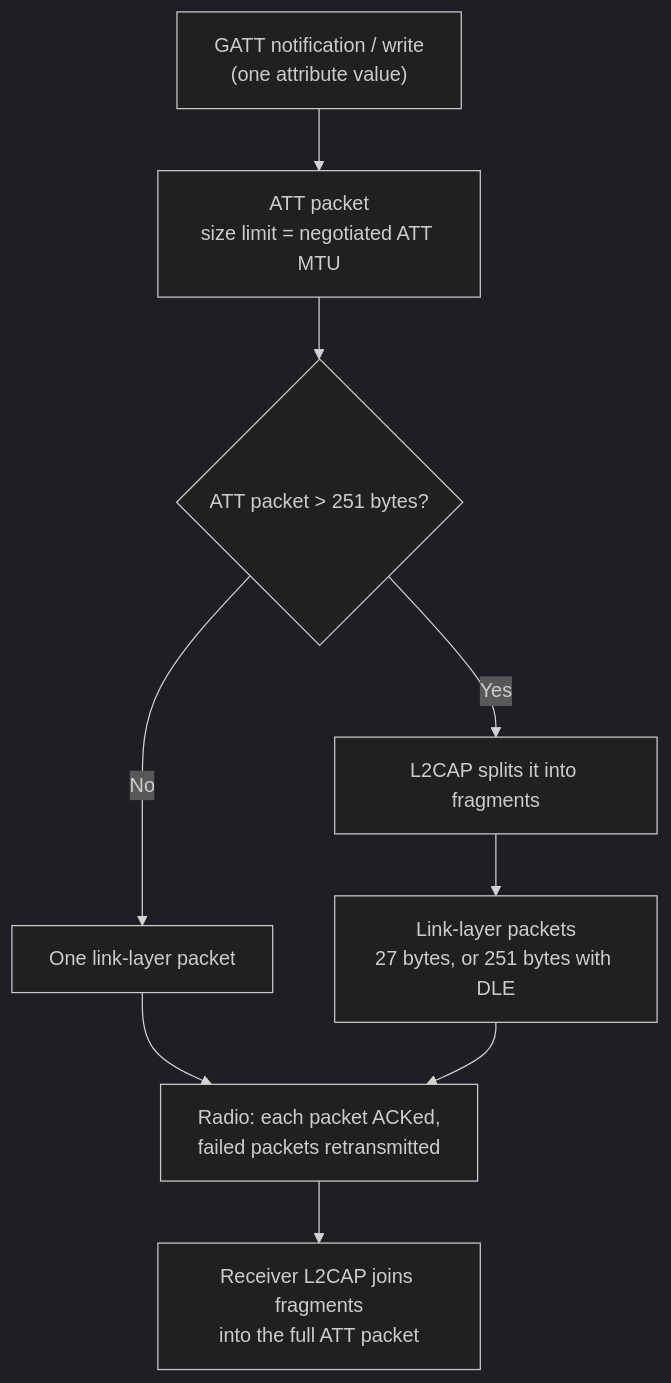
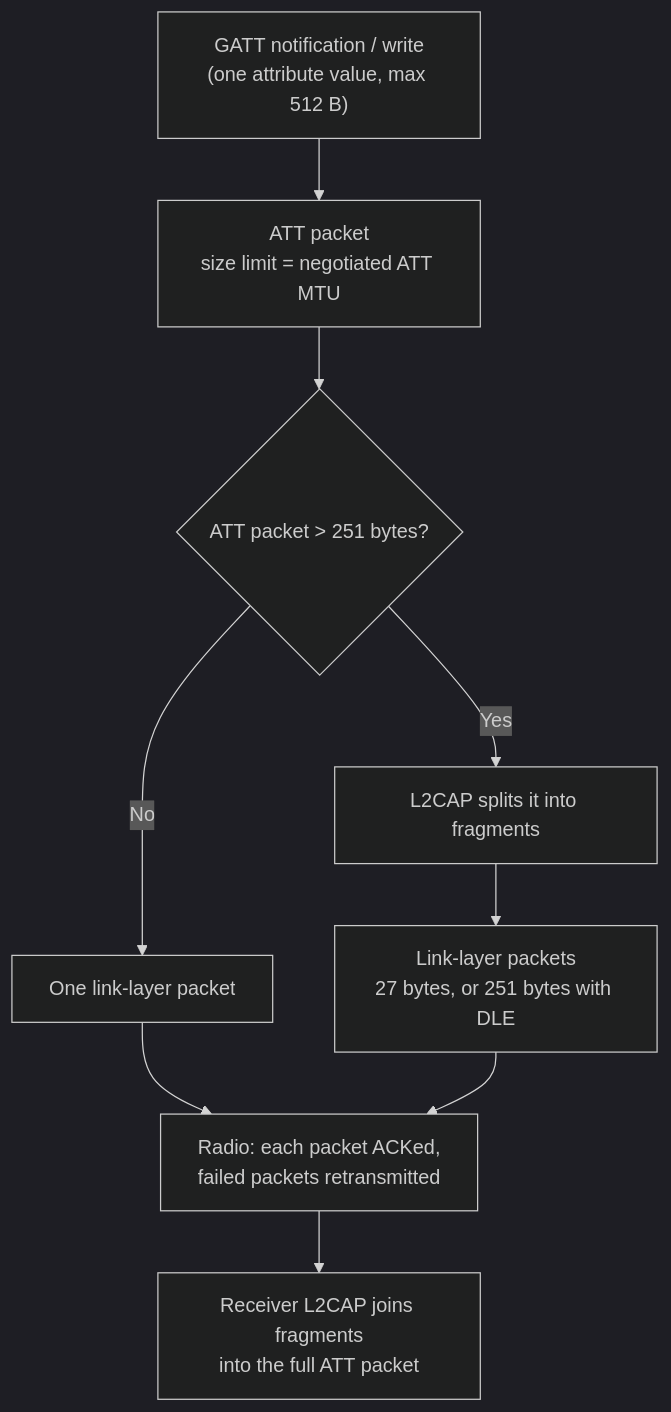
The diagram in content/learnings/ble-packet-sizes.md (sourabhmisal/sourabhmisal.github.io), drawn with Mermaid (dark theme) before and after one commit. The commit also changed other lines of this file and 1 other file, not shown here.

First line of the commit message:
Learnings: add MTU terms and device limits, set dark theme as default

````diff
--- a/content/learnings/ble-packet-sizes.md
+++ b/content/learnings/ble-packet-sizes.md
@@ -12,11 +12,11 @@
 ```mermaid
 flowchart TD
-    A["GATT notification / write<br/>(one attribute value)"] --> B["ATT packet<br/>size limit = negotiated ATT MTU"]
+    A["GATT notification / write<br/>(one attribute value, max 512 B)"] --> B["ATT packet<br/>size limit = negotiated ATT MTU"]
     B --> C{"ATT packet > 251 bytes?"}
     C -- No --> D["One link-layer packet"]
     C -- Yes --> E["L2CAP splits it into fragments"]
     E --> F["Link-layer packets<br/>27 bytes, or 251 bytes with DLE"]
     D --> G["Radio: each packet ACKed,<br/>failed packets retransmitted"]
     F --> G
     G --> H["Receiver L2CAP joins fragments<br/>into the full ATT packet"]
 ```
````
